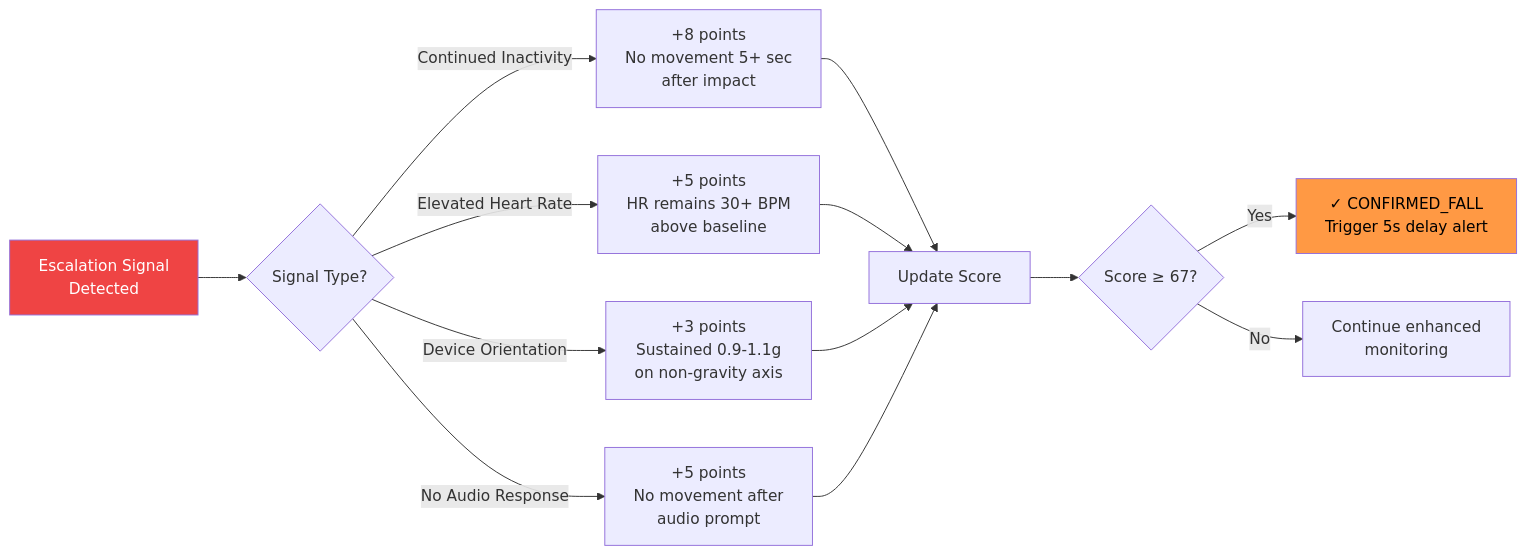
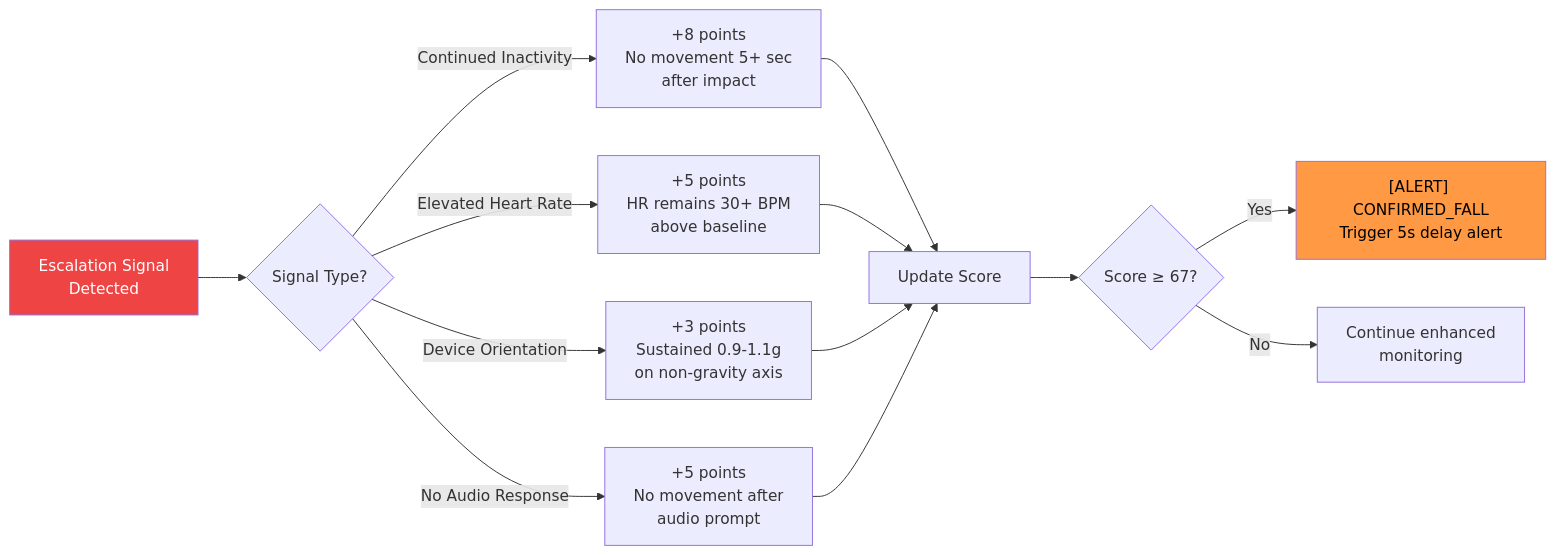
One commit to Smart-Fall/Hardware changed the third of 3 diagrams in docs/algorithm/confidence-scoring.md. Above: the diagram before and after it, drawn with Mermaid. The commit also changed other lines of this file and 71 other files, not shown here.

````diff
--- a/docs/algorithm/confidence-scoring.md
+++ b/docs/algorithm/confidence-scoring.md
@@ -210,21 +210,21 @@
 ```mermaid
 graph LR
     A["Escalation Signal<br/>Detected"] --> B{"Signal Type?"}
 
     B -->|Continued Inactivity| C["+8 points<br/>No movement 5+ sec<br/>after impact"]
     B -->|Elevated Heart Rate| D["+5 points<br/>HR remains 30+ BPM<br/>above baseline"]
     B -->|Device Orientation| E["+3 points<br/>Sustained 0.9-1.1g<br/>on non-gravity axis"]
     B -->|No Audio Response| F["+5 points<br/>No movement after<br/>audio prompt"]
 
     C --> G["Update Score"]
     D --> G
     E --> G
     F --> G
 
     G --> H{Score ≥ 67?}
-    H -->|Yes| I["✓ CONFIRMED_FALL<br/>Trigger 5s delay alert"]
+    H -->|Yes| I["[ALERT] CONFIRMED_FALL<br/>Trigger 5s delay alert"]
     H -->|No| J["Continue enhanced<br/>monitoring"]
 
     style A fill:#ef4444,color:#fff
     style I fill:#ff9944,color:#000
 ```
````
